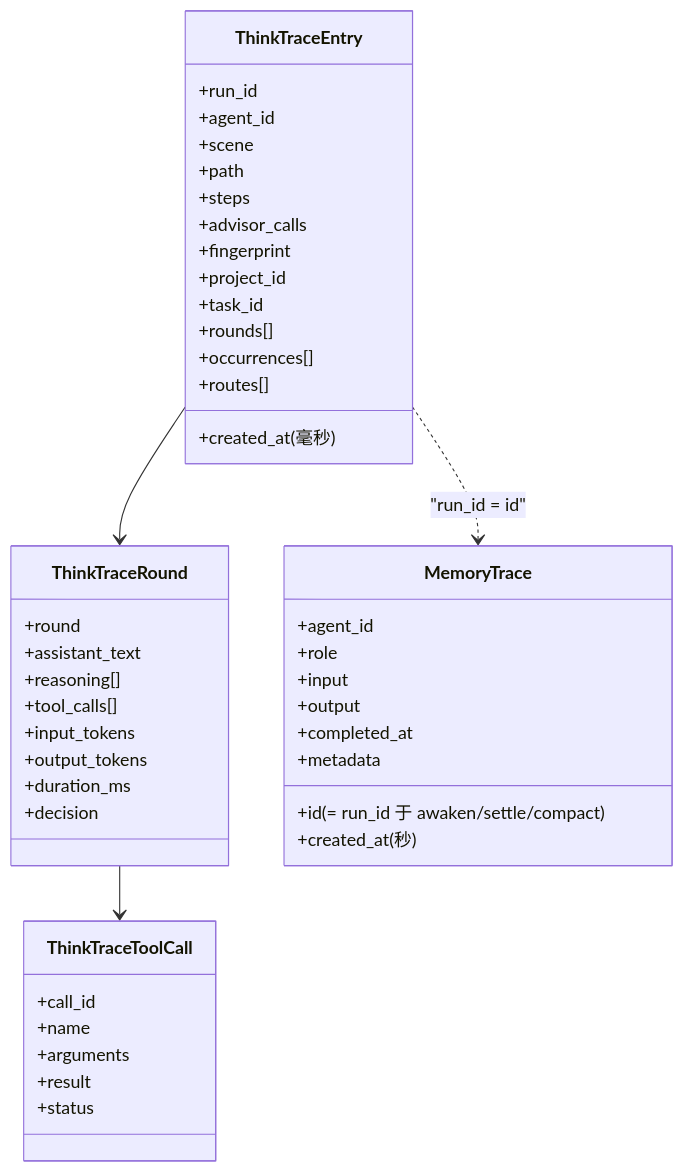
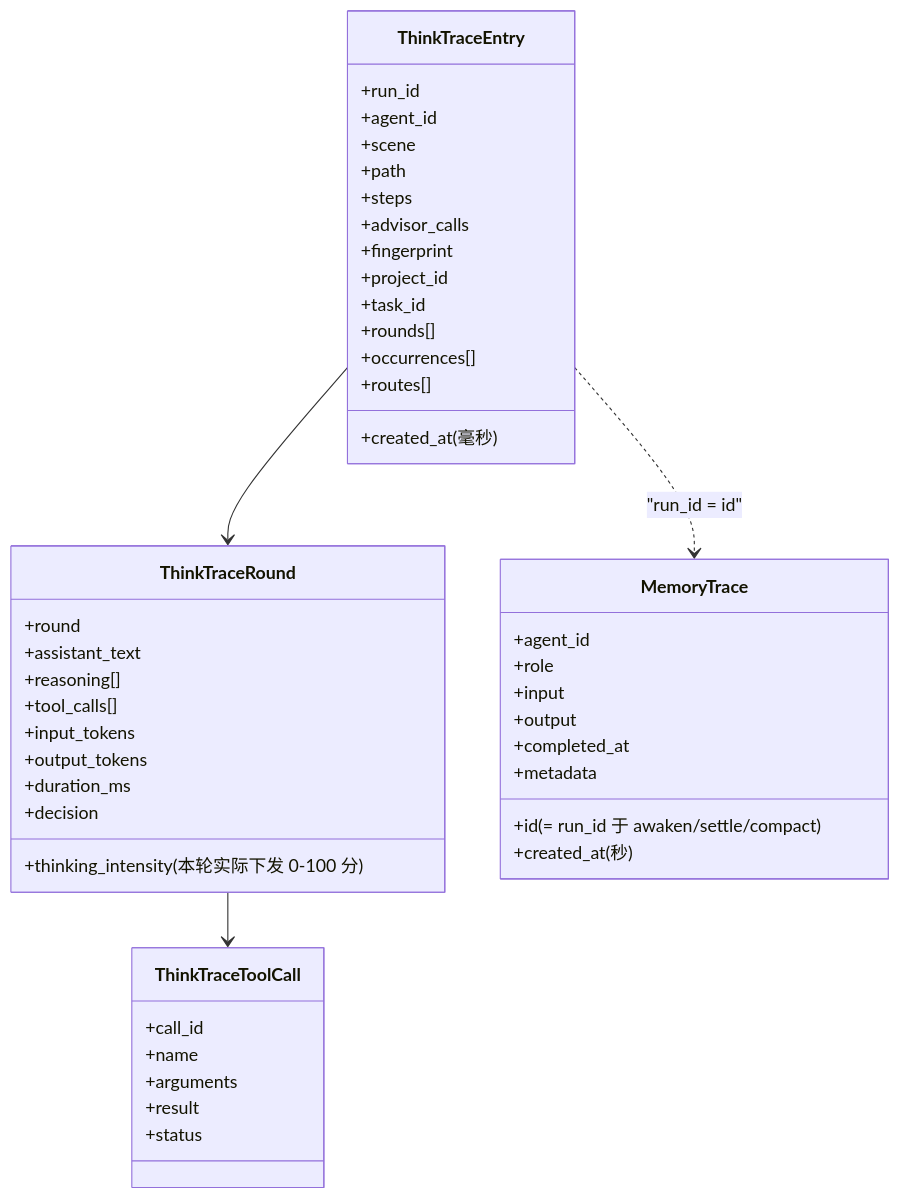
One commit to runningcoders/ai_orz changed the fourth of 10 diagrams in docs/wiki/zh/content/数据模型/消息和记忆模型/记忆和向量系统.md. Above: the diagram before and after it, drawn with Mermaid. The commit also changed 6 other files, not shown here.

````diff
--- a/docs/wiki/zh/content/数据模型/消息和记忆模型/记忆和向量系统.md
+++ b/docs/wiki/zh/content/数据模型/消息和记忆模型/记忆和向量系统.md
@@ -260,48 +260,49 @@
 ```mermaid
 classDiagram
 class ThinkTraceEntry {
 +run_id
 +agent_id
 +scene
 +path
 +steps
 +advisor_calls
 +fingerprint
 +created_at (毫秒)
 +project_id
 +task_id
 +rounds[]
 +occurrences[]
 +routes[]
 }
 class ThinkTraceRound {
 +round
 +assistant_text
 +reasoning[]
 +tool_calls[]
 +input_tokens
 +output_tokens
 +duration_ms
 +decision
++thinking_intensity (本轮实际下发 0-100 分)
 }
 class ThinkTraceToolCall {
 +call_id
 +name
 +arguments
 +result
 +status
 }
 class MemoryTrace {
 +id (= run_id 于 awaken/settle/compact)
 +agent_id
 +role
 +input
 +output
 +created_at (秒)
 +completed_at
 +metadata
 }
 ThinkTraceEntry --> ThinkTraceRound
 ThinkTraceRound --> ThinkTraceToolCall
 ThinkTraceEntry ..> MemoryTrace : "run_id = id"
 ```
````
